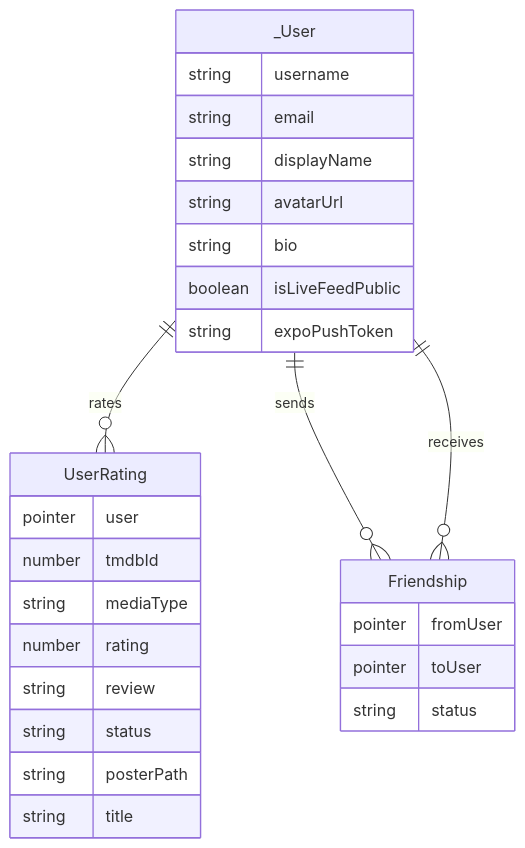
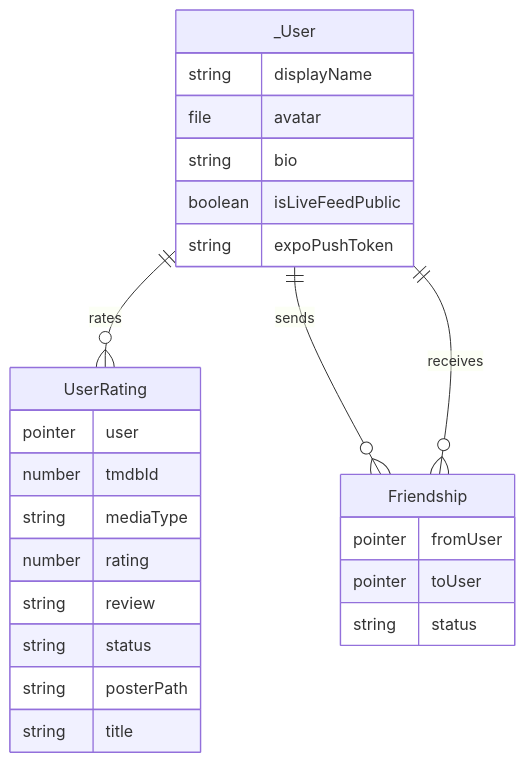
The third of 4 diagrams in dev-plan.md (matthewfbenjamin/tv-social-app), drawn with Mermaid before and after one commit. The commit also changed other lines of this file and 10 other files, not shown here.

````diff
--- a/dev-plan.md
+++ b/dev-plan.md
@@ -74,31 +74,29 @@
 ```mermaid
 erDiagram
     _User {
-        string username
-        string email
         string displayName
-        string avatarUrl
+        file avatar
         string bio
         boolean isLiveFeedPublic
         string expoPushToken
     }
     UserRating {
         pointer user
         number tmdbId
         string mediaType
         number rating
         string review
         string status
         string posterPath
         string title
     }
     Friendship {
         pointer fromUser
         pointer toUser
         string status
     }
 
     _User ||--o{ UserRating : "rates"
     _User ||--o{ Friendship : "sends"
     _User ||--o{ Friendship : "receives"
 ```
````
